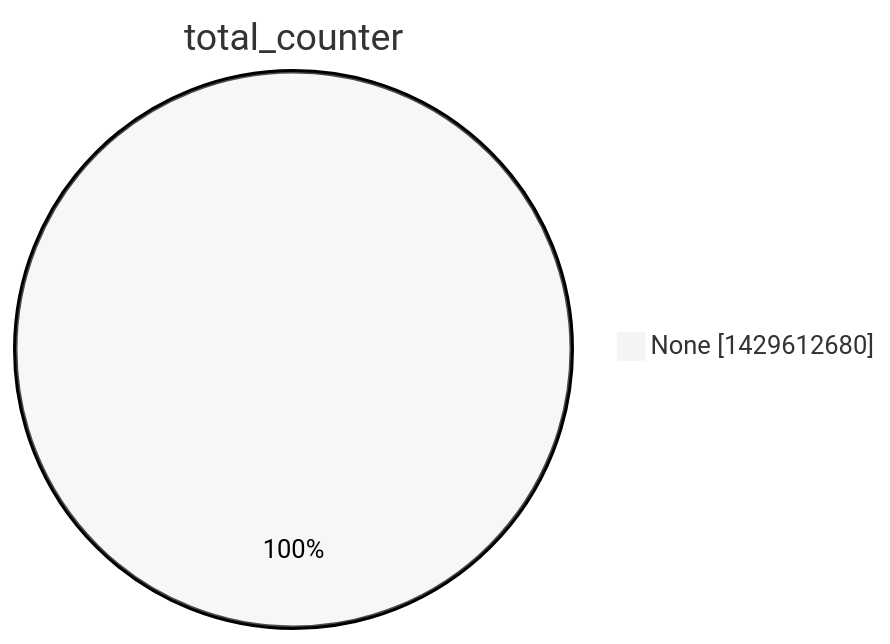
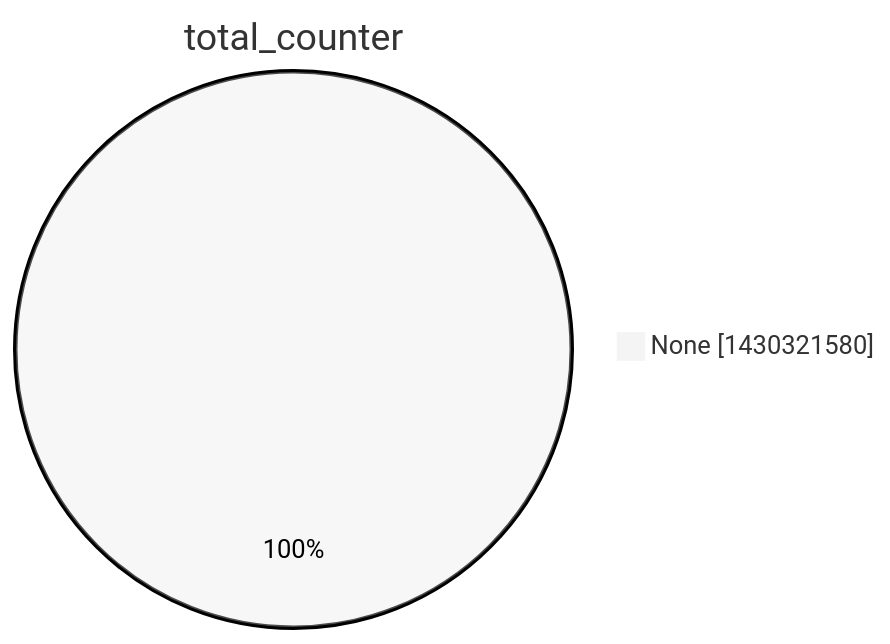
One commit to christiankrug/ctmonitor_visualization changed the second of 15 diagrams in argon2022/README.md. Above: the diagram before and after it, drawn with Mermaid (neutral theme). The commit also changed other lines of this file, not shown here.

````diff
--- a/argon2022/README.md
+++ b/argon2022/README.md
@@ -9,5 +9,5 @@
 ```mermaid
 pie showData
 title total_counter
-"None" :1429612680
+"None" :1430321580
 ```
````
